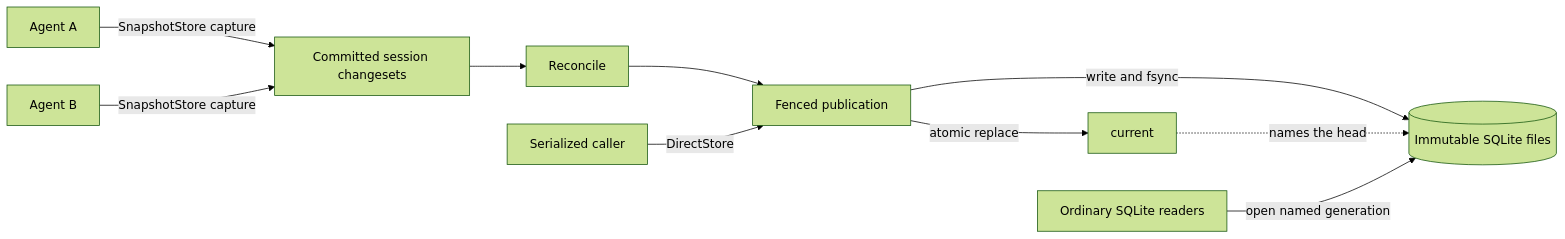
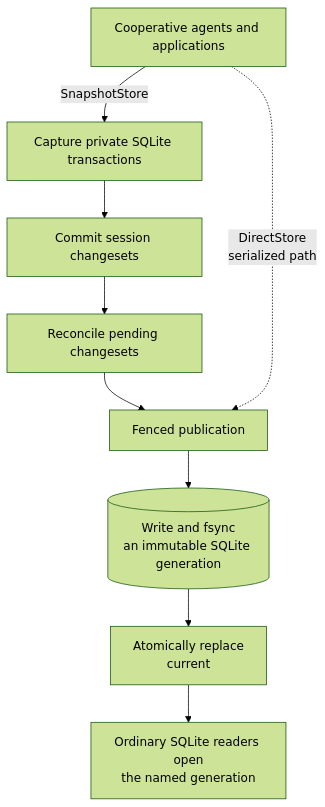
One commit to jlevy/fsqlite changed the diagram in README.md. Above: the diagram before and after it, drawn with Mermaid (forest theme). The commit also changed 1 other file, not shown here.

Commit message:
docs: make architecture diagram vertical

````diff
--- a/README.md
+++ b/README.md
@@ -202,12 +202,12 @@
 ```mermaid
-flowchart LR
-  A["Agent A"] -->|"SnapshotStore capture"| E["Committed session changesets"]
-  B["Agent B"] -->|"SnapshotStore capture"| E
-  E --> R["Reconcile"]
+flowchart TB
+  W["Cooperative agents and applications"]
+  W -->|"SnapshotStore"| C["Capture private SQLite transactions"]
+  C --> E["Commit session changesets"]
+  E --> R["Reconcile pending changesets"]
   R --> U["Fenced publication"]
-  D["Serialized caller"] -->|"DirectStore"| U
-  U -->|"write and fsync"| G[("Immutable SQLite files")]
-  U -->|"atomic replace"| P["current"]
-  P -.->|"names the head"| G
-  Q["Ordinary SQLite readers"] -->|"open named generation"| G
+  W -.->|"DirectStore<br/>serialized path"| U
+  U --> G[("Write and fsync<br/>an immutable SQLite generation")]
+  G --> P["Atomically replace<br/>current"]
+  P --> Q["Ordinary SQLite readers open<br/>the named generation"]
 ```
````
